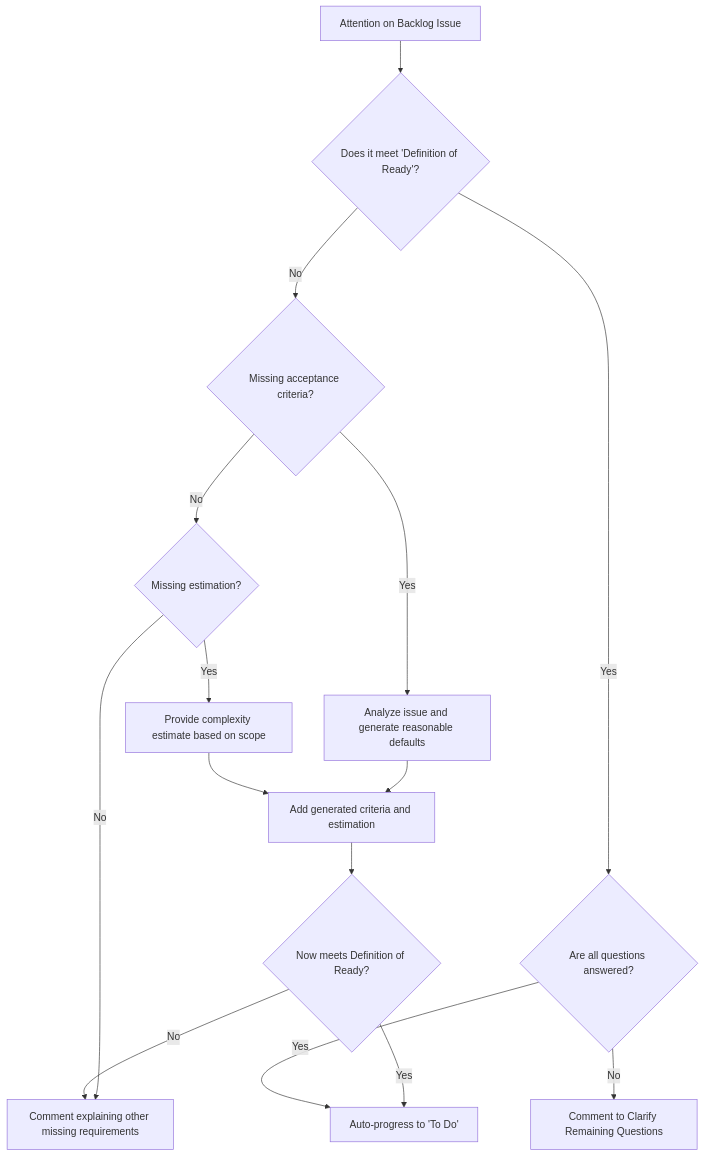
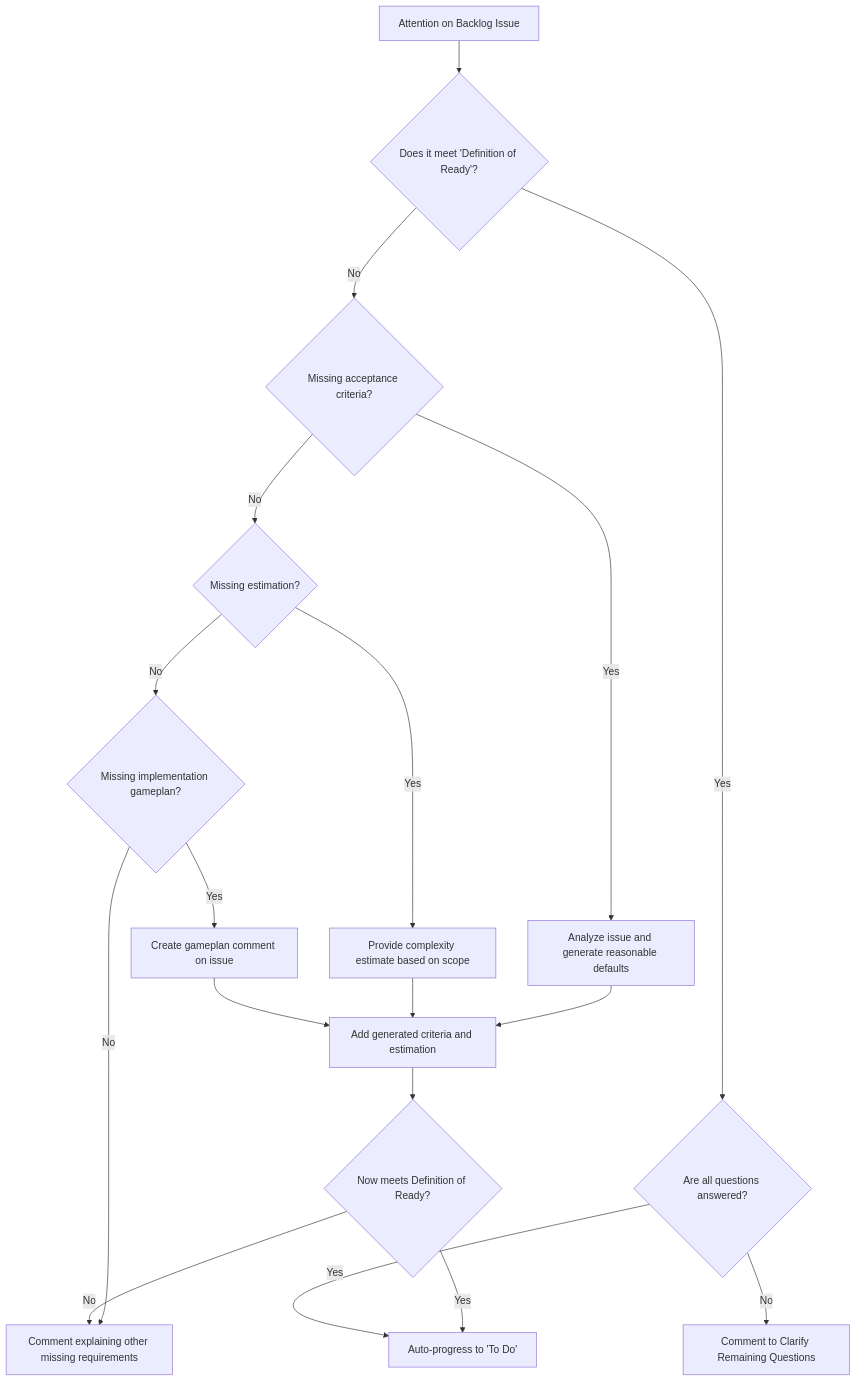
Before and after one commit to willgriffin/company-as-code: the third of 8 diagrams in WORKFLOW.md, drawn with Mermaid. The commit also changed other lines of this file and 1 other file, not shown here.

Commit message:
feat: add gameplan requirement to issue workflow
- Require implementation gameplan in backlog stage before moving to todo
- Add gameplan discussion phase in todo stage before starting work
- Update branch creation to happen when moving from todo to in-progress
- Ensure feature branches are created before development starts

````diff
--- a/WORKFLOW.md
+++ b/WORKFLOW.md
@@ -228,17 +228,20 @@
 ```mermaid
 graph TD
     A[Attention on Backlog Issue] --> B{Does it meet 'Definition of Ready'?};
     B -- No --> C{Missing acceptance criteria?};
     C -- Yes --> D[Analyze issue and generate reasonable defaults];
     C -- No --> E{Missing estimation?};
     E -- Yes --> F[Provide complexity estimate based on scope];
-    E -- No --> G[Comment explaining other missing requirements];
-    D --> H[Add generated criteria and estimation];
-    F --> H;
-    H --> I{Now meets Definition of Ready?};
-    I -- Yes --> J[Auto-progress to 'To Do'];
-    I -- No --> G;
-    B -- Yes --> K{Are all questions answered?};
-    K -- No --> L[Comment to Clarify Remaining Questions];
-    K -- Yes --> J;
+    E -- No --> G{Missing implementation gameplan?};
+    G -- Yes --> H[Create gameplan comment on issue];
+    G -- No --> I[Comment explaining other missing requirements];
+    D --> J[Add generated criteria and estimation];
+    F --> J;
+    H --> J;
+    J --> K{Now meets Definition of Ready?};
+    K -- Yes --> L[Auto-progress to 'To Do'];
+    K -- No --> I;
+    B -- Yes --> M{Are all questions answered?};
+    M -- No --> N[Comment to Clarify Remaining Questions];
+    M -- Yes --> L;
 ```
````
